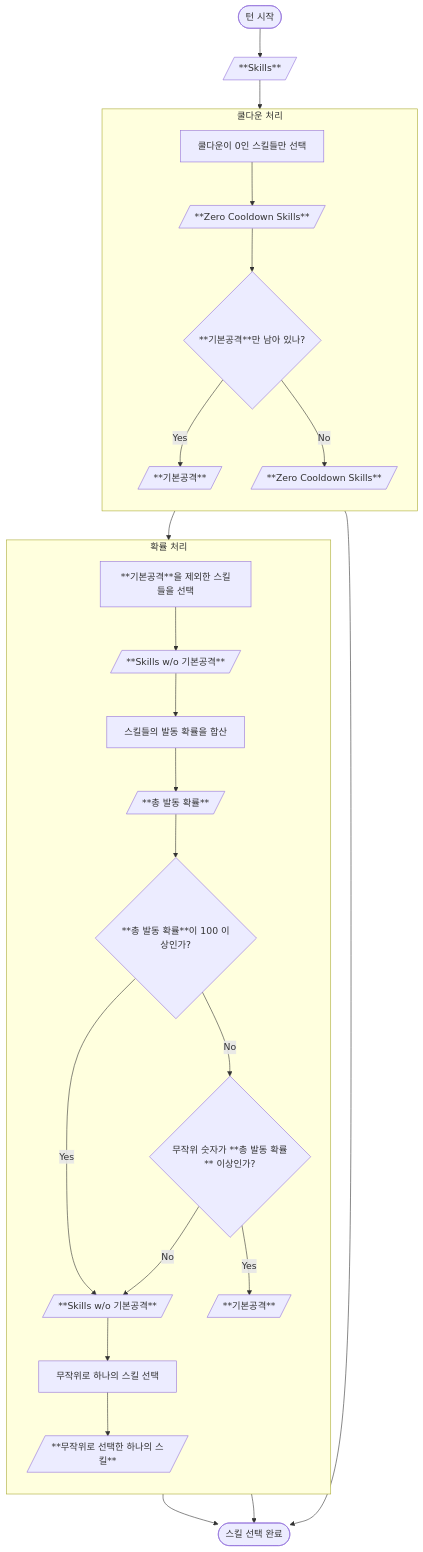
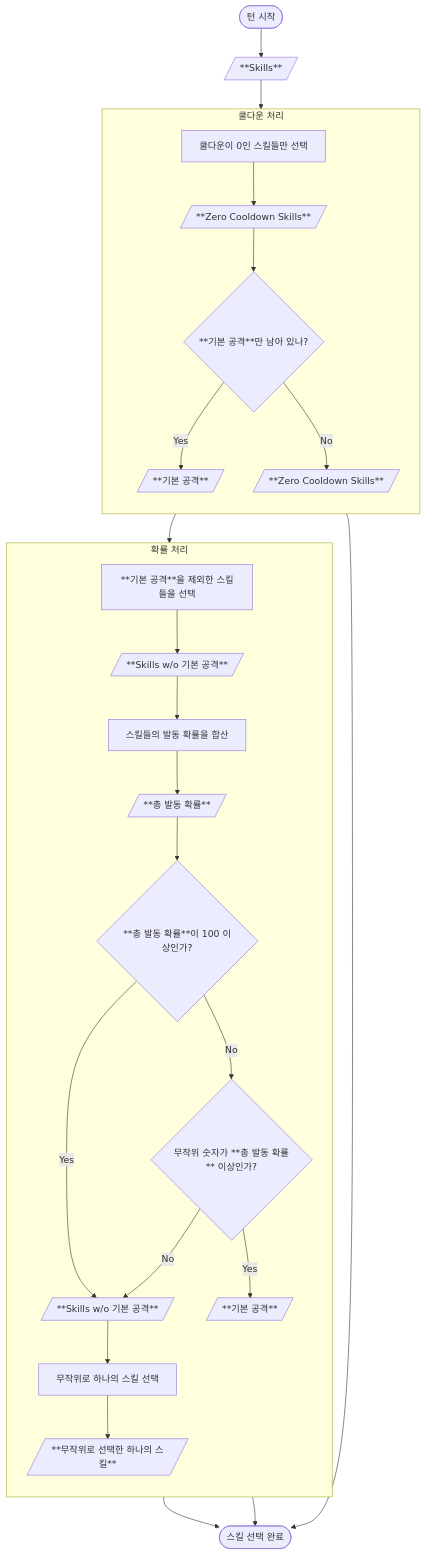
The diagram in ko/modding/system-guide/adventure.md (planetarium/www.nine-chronicles.dev), drawn with Mermaid before and after one commit. The commit also changed other lines of this file, not shown here.

````diff
--- a/ko/modding/system-guide/adventure.md
+++ b/ko/modding/system-guide/adventure.md
@@ -105,31 +105,31 @@
 ```mermaid
 flowchart TB
    subgraph SG_A[쿨다운 처리]
       direction TB
       select-cooldown-0[쿨다운이 0인 스킬들만 선택] --> zero-cooldown-skills
       zero-cooldown-skills[/**Zero Cooldown Skills**/] --> check-normal-attack-only
-      check-normal-attack-only{**기본공격**만 남아 있나?} -->|Yes| check-normal-attack-only-yes
+      check-normal-attack-only{**기본 공격**만 남아 있나?} -->|Yes| check-normal-attack-only-yes
       check-normal-attack-only -->|No| check-normal-attack-only-no
    end
    subgraph SG_B[확률 처리]
       direction TB
-      select-skills-without-normal-attack[**기본공격**을 제외한 스킬들을 선택] --> skills-with-out-normal-attack
-      skills-with-out-normal-attack[/**Skills w/o 기본공격**/] --> sum-skills-probabilities
+      select-skills-without-normal-attack[**기본 공격**을 제외한 스킬들을 선택] --> skills-with-out-normal-attack
+      skills-with-out-normal-attack[/**Skills w/o 기본 공격**/] --> sum-skills-probabilities
       sum-skills-probabilities[스킬들의 발동 확률을 합산] --> total-chance
       total-chance[/**총 발동 확률**/] --> check-total-chance-100
       check-total-chance-100{**총 발동 확률**이 100 이상인가?} -->|Yes| input-skills-without-normal-attack
       check-total-chance-100 -->|No| check-total-chance-100-no
       check-total-chance-100-no{무작위 숫자가 **총 발동 확률** 이상인가?} -->|Yes| check-total-chance-100-no-yes
       check-total-chance-100-no -->|No| input-skills-without-normal-attack
       weighted-selector[무작위로 하나의 스킬 선택] --> input-selected-skill
       input-selected-skill[/**무작위로 선택한 하나의 스킬**/]
    end
    turn-start([턴 시작]) --> skills
    skills[/**Skills**/] --> SG_A
-   check-normal-attack-only-yes[/**기본공격**/] --> result([스킬 선택 완료])
+   check-normal-attack-only-yes[/**기본 공격**/] --> result([스킬 선택 완료])
    check-normal-attack-only-no[/**Zero Cooldown Skills**/] --> SG_B
-   input-skills-without-normal-attack[/**Skills w/o 기본공격**/]
+   input-skills-without-normal-attack[/**Skills w/o 기본 공격**/]
    input-skills-without-normal-attack --> weighted-selector
-   check-total-chance-100-no-yes[/**기본공격**/] --> result
+   check-total-chance-100-no-yes[/**기본 공격**/] --> result
    input-selected-skill --> result
 ```
````
